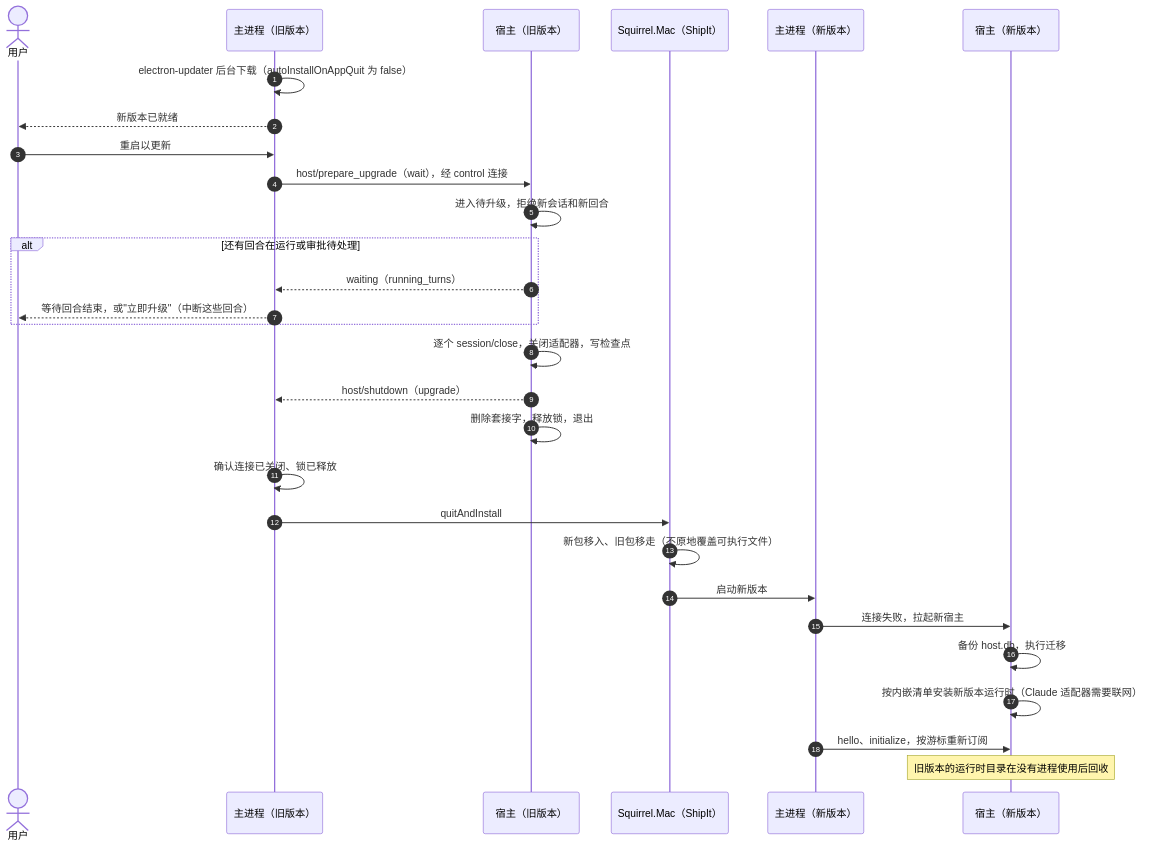
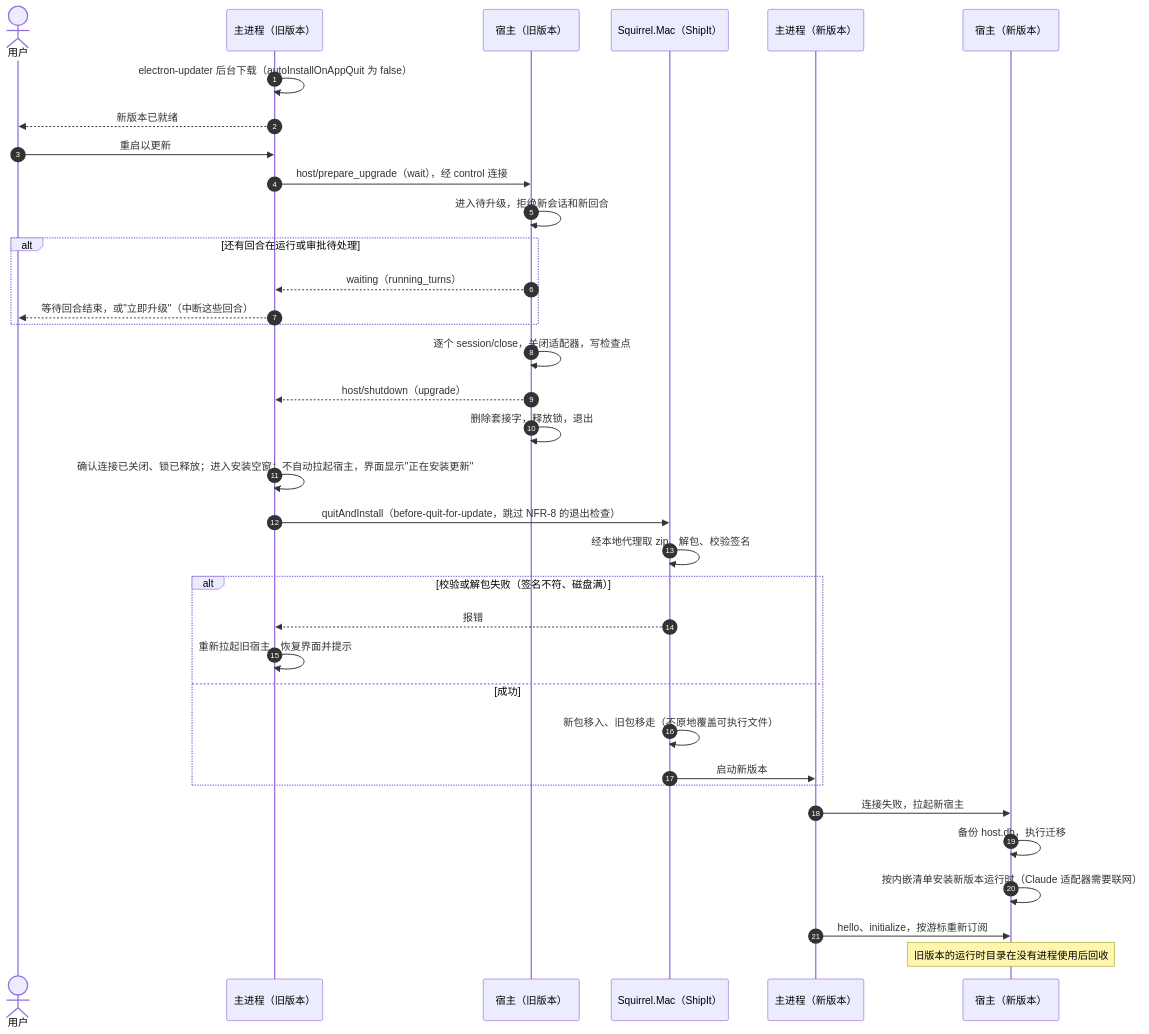
Before and after one commit to boris-w/cupper: the eighth of 11 diagrams in docs/design/05-flows.md, drawn with Mermaid. The commit also changed other lines of this file and 5 other files, not shown here.

````diff
--- a/docs/design/05-flows.md
+++ b/docs/design/05-flows.md
@@ -279,31 +279,37 @@
 ```mermaid
 sequenceDiagram
   autonumber
   actor U as 用户
   participant M as 主进程（旧版本）
   participant H as 宿主（旧版本）
   participant SQ as Squirrel.Mac（ShipIt）
   participant M2 as 主进程（新版本）
   participant H2 as 宿主（新版本）
   M->>M: electron-updater 后台下载（autoInstallOnAppQuit 为 false）
   M-->>U: 新版本已就绪
   U->>M: 重启以更新
   M->>H: host/prepare_upgrade（wait），经 control 连接
   H->>H: 进入待升级，拒绝新会话和新回合
   alt 还有回合在运行或审批待处理
     H-->>M: waiting（running_turns）
     M-->>U: 等待回合结束，或"立即升级"（中断这些回合）
   end
   H->>H: 逐个 session/close，关闭适配器，写检查点
   H-->>M: host/shutdown（upgrade）
   H->>H: 删除套接字，释放锁，退出
-  M->>M: 确认连接已关闭、锁已释放
-  M->>SQ: quitAndInstall
-  SQ->>SQ: 新包移入、旧包移走（不原地覆盖可执行文件）
-  SQ->>M2: 启动新版本
+  M->>M: 确认连接已关闭、锁已释放；进入安装空窗：不自动拉起宿主，界面显示"正在安装更新"
+  M->>SQ: quitAndInstall（before-quit-for-update，跳过 NFR-8 的退出检查）
+  SQ->>SQ: 经本地代理取 zip、解包、校验签名
+  alt 校验或解包失败（签名不符、磁盘满）
+    SQ-->>M: 报错
+    M->>M: 重新拉起旧宿主，恢复界面并提示
+  else 成功
+    SQ->>SQ: 新包移入、旧包移走（不原地覆盖可执行文件）
+    SQ->>M2: 启动新版本
+  end
   M2->>H2: 连接失败，拉起新宿主
   H2->>H2: 备份 host.db，执行迁移
   H2->>H2: 按内嵌清单安装新版本运行时（Claude 适配器需要联网）
   M2->>H2: hello、initialize，按游标重新订阅
   Note over H2: 旧版本的运行时目录在没有进程使用后回收
 ```
````
